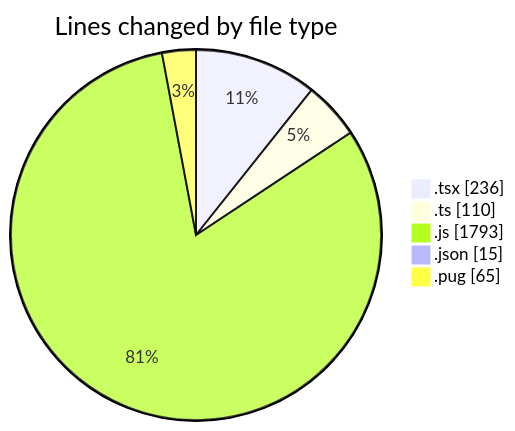
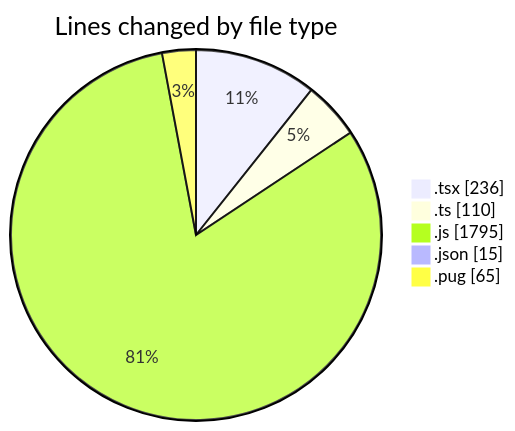
The first of 2 diagrams in 2025-03-24/cda/README.md (momahboobian/code-tracking), drawn with Mermaid before and after one commit. The commit also changed other lines of this file and 1 other file, not shown here.

````diff
--- a/2025-03-24/cda/README.md
+++ b/2025-03-24/cda/README.md
@@ -30,9 +30,9 @@
 ```mermaid
 pie showData
 title Lines changed by file type
 ".tsx" : 236
 ".ts" : 110
-".js" : 1793
+".js" : 1795
 ".json" : 15
 ".pug" : 65
 ```
````
